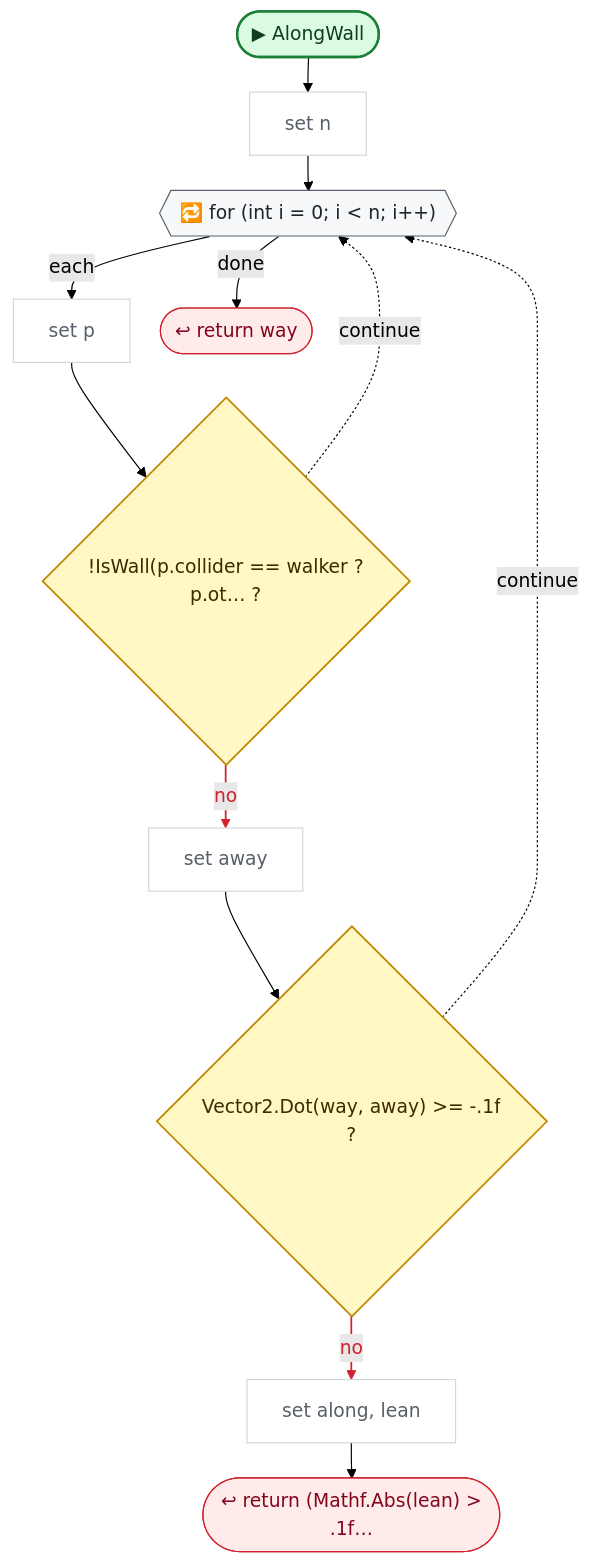
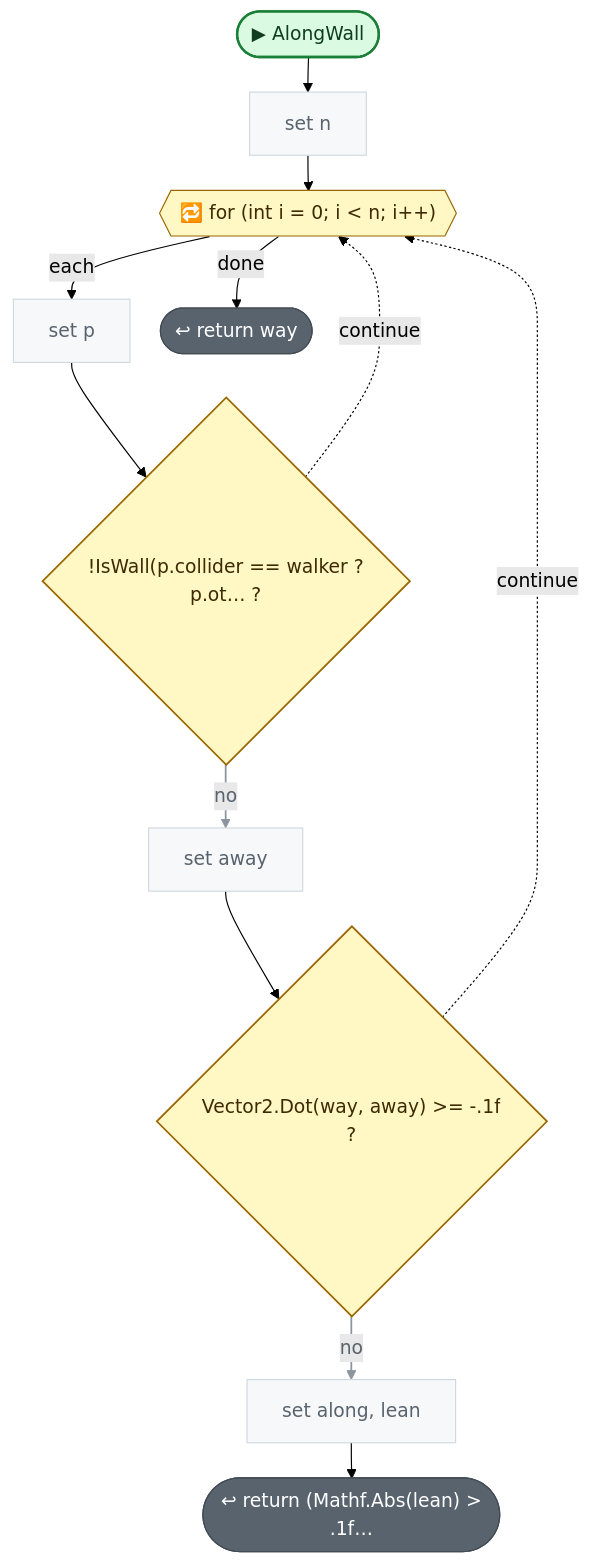
Before and after one commit to nataiai/Lord-of-the-Dungeon: the fourth of 14 diagrams in CodeGraph~/graph/AI/PathFinding.cs.md, drawn with Mermaid (forest theme). The commit also changed other lines of this file and 57 other files, not shown here.

````diff
--- a/CodeGraph~/graph/AI/PathFinding.cs.md
+++ b/CodeGraph~/graph/AI/PathFinding.cs.md
@@ -186,52 +188,52 @@
 ```mermaid
 ---
 config:
   flowchart:
     wrappingWidth: 260
     nodeSpacing: 26
     rankSpacing: 30
 ---
 flowchart TD
   nS(["▶ AlongWall"])
   n0c2354["set n"]
   n99f4aa{{"🔁 for (int i = 0; i #60; n; i++)"}}
   n3053f6["set p"]
   ned5e77{"!IsWall(p.collider == walker ?<br>p.ot… ?"}
   nb3c0f1["set away"]
   n65228a{"Vector2.Dot(way, away) #62;= -.1f<br>?"}
   ne2fd98["set along, lean"]
   n8adaa6(["↩ return (Mathf.Abs(lean) #62;<br>.1f…"])
   n80b906(["↩ return way"])
   nS --> n0c2354
   n0c2354 --> n99f4aa
   n99f4aa -->|each| n3053f6
   n3053f6 --> ned5e77
   ned5e77 -.->|continue| n99f4aa
   ned5e77 -->|no| nb3c0f1
   nb3c0f1 --> n65228a
   n65228a -.->|continue| n99f4aa
   n65228a -->|no| ne2fd98
   ne2fd98 --> n8adaa6
   n99f4aa -->|done| n80b906
-  linkStyle 5 stroke:#cf222e,stroke-width:1.5px,color:#cf222e
-  linkStyle 8 stroke:#cf222e,stroke-width:1.5px,color:#cf222e
+  linkStyle 5 stroke:#8c959f,stroke-width:1.5px,color:#59636e
+  linkStyle 8 stroke:#8c959f,stroke-width:1.5px,color:#59636e
   classDef unity fill:#dafbe1,stroke:#1a7f37,stroke-width:2px,color:#0f3d1d
   classDef start fill:#dafbe1,stroke:#1a7f37,stroke-width:2px,color:#0f3d1d
-  classDef calc fill:#ffffff,stroke:#d0d7de,color:#57606a
+  classDef calc fill:#f6f8fa,stroke:#d1d9e0,color:#59636e
   classDef calls fill:#ddf4ff,stroke:#0969da,stroke-width:2px,color:#0a3069
-  classDef ext fill:#ddf4ff,stroke:#0969da,stroke-width:2px,stroke-dasharray:5 3,color:#0a3069
-  classDef cond fill:#fff8c5,stroke:#bf8700,stroke-width:1.5px,color:#3d2a00
-  classDef loop fill:#f6f8fa,stroke:#57606a,color:#1f2328
-  classDef exit fill:#ffebe9,stroke:#cf222e,color:#82071e
+  classDef ext fill:#f6f8fa,stroke:#59636e,stroke-width:1.5px,stroke-dasharray:5 5,color:#1f2328
+  classDef cond fill:#fff8c5,stroke:#9a6700,stroke-width:1.5px,color:#3d2a00
+  classDef loop fill:#fff8c5,stroke:#9a6700,color:#3d2a00
+  classDef wait fill:#fff8c5,stroke:#9a6700,color:#3d2a00
+  classDef exit fill:#59636e,stroke:#424a53,color:#ffffff
+  classDef fin fill:#59636e,stroke:#424a53,color:#ffffff
+  classDef act fill:#ffffff,stroke:#59636e,stroke-width:1.5px,color:#1f2328
   classDef kill fill:#ffebe9,stroke:#cf222e,stroke-width:2px,color:#82071e
-  classDef spawn fill:#dafbe1,stroke:#1a7f37,stroke-width:2px,color:#0f3d1d
-  classDef wait fill:#fff1e5,stroke:#bc4c00,color:#4d1d00
-  classDef fin fill:#eaeef2,stroke:#8c959f,color:#57606a
   classDef join fill:#d0d7de,stroke:#8c959f,color:#57606a
   classDef ghdr fill:#f5f9ff,stroke:#f5f9ff,color:#0a3069,font-weight:bold
   class n0c2354,n3053f6,nb3c0f1,ne2fd98 calc
   class ned5e77,n65228a cond
   class n8adaa6,n80b906 exit
   class n99f4aa loop
   class nS start
 ```
````
